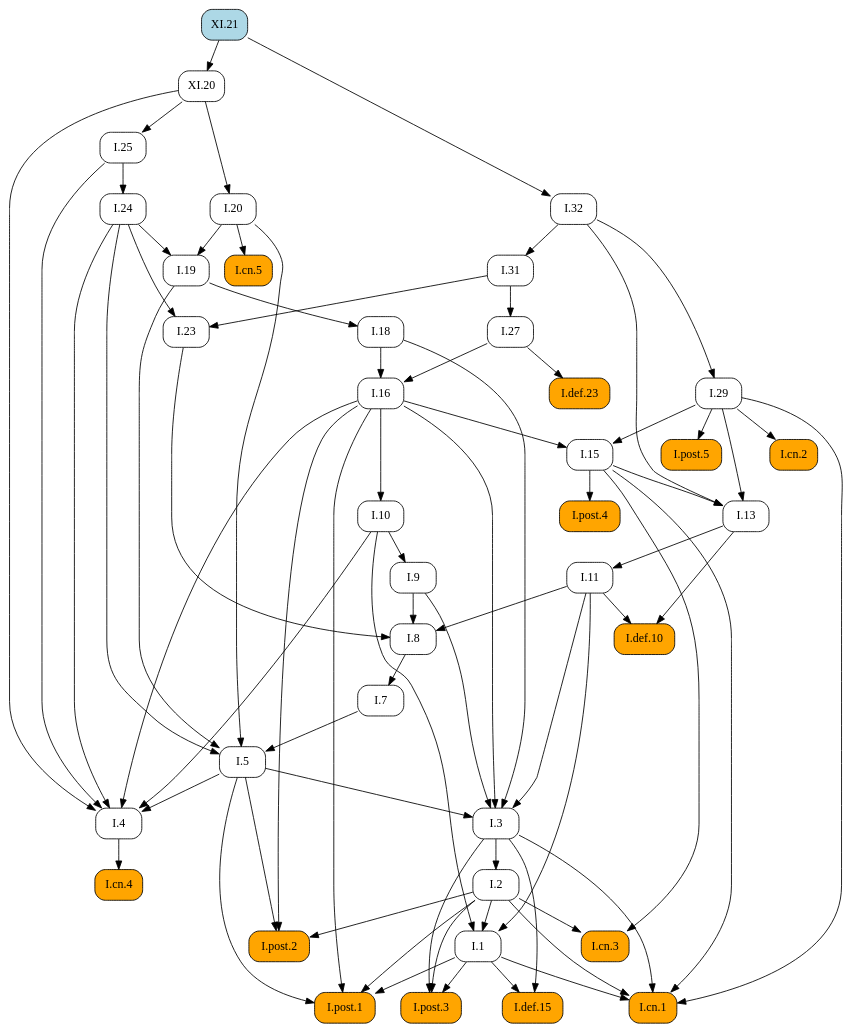
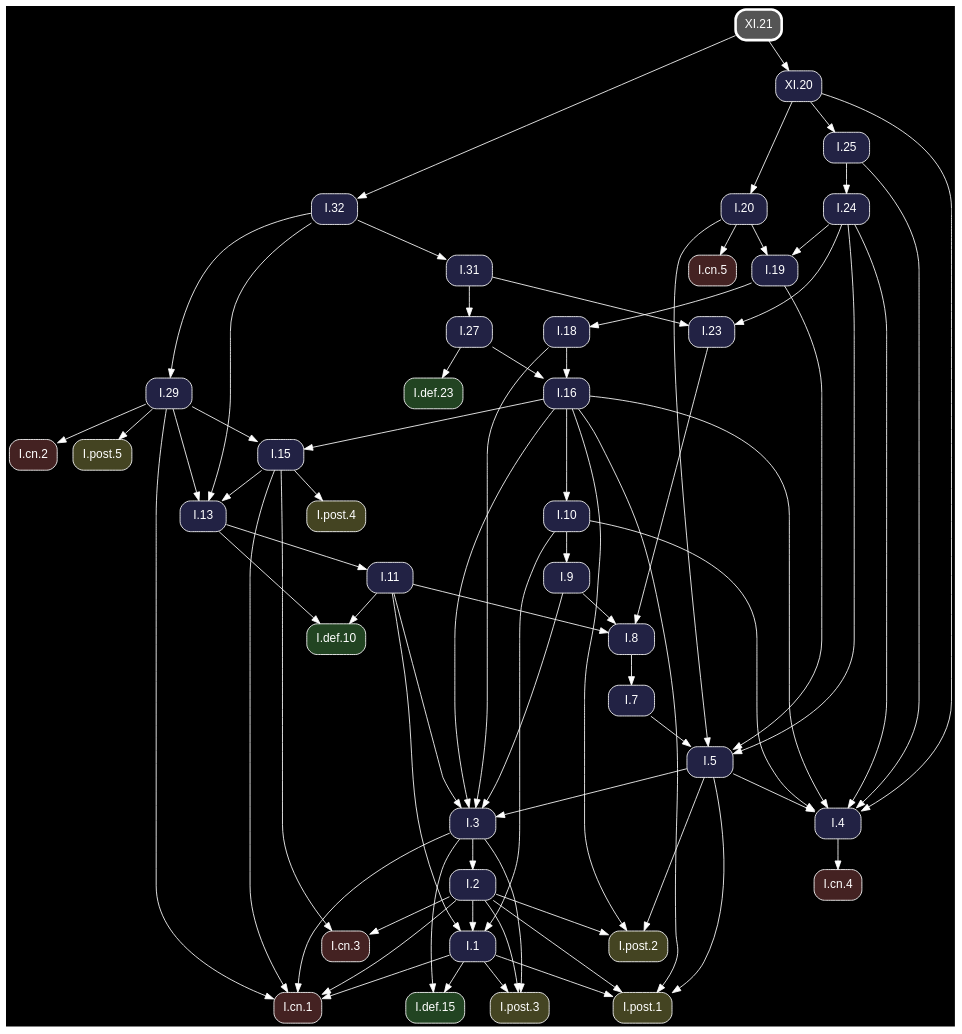
Before and after one commit to geometor/elements: the diagram in docsrc/heath/XI/21/index.rst, drawn with Graphviz. The commit also changed other lines of this file and 1200 other files, not shown here.

Commit message:
update dependency graphs

```diff
--- a/docsrc/heath/XI/21/index.rst
+++ b/docsrc/heath/XI/21/index.rst
@@ -36,117 +36,119 @@
 .. graphviz::
 
    digraph {
+     bgcolor="black";
+     node [shape=box, style="rounded,filled", fontname="Helvetica", color="white", fontcolor="white"];
+     edge [color="white", fontcolor="white"];
      rankdir="TB";
-     node [shape=box, style=rounded];
-     "I.23" [URL="/heath/I/23/", target="_top"];
-     "I.9" [URL="/heath/I/9/", target="_top"];
-     "I.32" [URL="/heath/I/32/", target="_top"];
-     "I.25" [URL="/heath/I/25/", target="_top"];
-     "I.def.15" [style="rounded,filled", fillcolor=orange, URL="/heath/I/def.15/", target="_top"];
-     "I.post.3" [style="rounded,filled", fillcolor=orange, URL="/heath/I/post.3/", target="_top"];
-     "I.post.1" [style="rounded,filled", fillcolor=orange, URL="/heath/I/post.1/", target="_top"];
-     "I.19" [URL="/heath/I/19/", target="_top"];
-     "XI.21" [style="rounded,filled", fillcolor=lightblue, URL="/heath/XI/21/", target="_top"];
-     "I.31" [URL="/heath/I/31/", target="_top"];
-     "I.20" [URL="/heath/I/20/", target="_top"];
-     "I.def.10" [style="rounded,filled", fillcolor=orange, URL="/heath/I/def.10/", target="_top"];
-     "I.18" [URL="/heath/I/18/", target="_top"];
-     "I.27" [URL="/heath/I/27/", target="_top"];
-     "I.24" [URL="/heath/I/24/", target="_top"];
-     "I.cn.5" [style="rounded,filled", fillcolor=orange, URL="/heath/I/cn.5/", target="_top"];
-     "I.3" [URL="/heath/I/3/", target="_top"];
-     "I.cn.1" [style="rounded,filled", fillcolor=orange, URL="/heath/I/cn.1/", target="_top"];
-     "I.7" [URL="/heath/I/7/", target="_top"];
-     "I.2" [URL="/heath/I/2/", target="_top"];
-     "I.13" [URL="/heath/I/13/", target="_top"];
-     "I.post.4" [style="rounded,filled", fillcolor=orange, URL="/heath/I/post.4/", target="_top"];
-     "I.4" [URL="/heath/I/4/", target="_top"];
-     "I.1" [URL="/heath/I/1/", target="_top"];
-     "I.5" [URL="/heath/I/5/", target="_top"];
-     "I.8" [URL="/heath/I/8/", target="_top"];
-     "I.29" [URL="/heath/I/29/", target="_top"];
-     "I.cn.3" [style="rounded,filled", fillcolor=orange, URL="/heath/I/cn.3/", target="_top"];
-     "I.16" [URL="/heath/I/16/", target="_top"];
-     "I.15" [URL="/heath/I/15/", target="_top"];
-     "I.10" [URL="/heath/I/10/", target="_top"];
-     "I.11" [URL="/heath/I/11/", target="_top"];
-     "I.def.23" [style="rounded,filled", fillcolor=orange, URL="/heath/I/def.23/", target="_top"];
-     "I.cn.2" [style="rounded,filled", fillcolor=orange, URL="/heath/I/cn.2/", target="_top"];
-     "I.post.5" [style="rounded,filled", fillcolor=orange, URL="/heath/I/post.5/", target="_top"];
-     "I.cn.4" [style="rounded,filled", fillcolor=orange, URL="/heath/I/cn.4/", target="_top"];
-     "I.post.2" [style="rounded,filled", fillcolor=orange, URL="/heath/I/post.2/", target="_top"];
-     "XI.20" [URL="/heath/XI/20/", target="_top"];
-     "I.24" -> "I.23";
-     "I.31" -> "I.23";
-     "I.10" -> "I.9";
+     "I.31" [fillcolor="#222244", URL="/heath/I/31/", target="_top"];
+     "I.32" [fillcolor="#222244", URL="/heath/I/32/", target="_top"];
+     "I.3" [fillcolor="#222244", URL="/heath/I/3/", target="_top"];
+     "I.25" [fillcolor="#222244", URL="/heath/I/25/", target="_top"];
+     "I.cn.1" [fillcolor="#442222", URL="/heath/I/cn.1/", target="_top"];
+     "I.def.10" [fillcolor="#224422", URL="/heath/I/def.10/", target="_top"];
+     "I.15" [fillcolor="#222244", URL="/heath/I/15/", target="_top"];
+     "I.19" [fillcolor="#222244", URL="/heath/I/19/", target="_top"];
+     "I.13" [fillcolor="#222244", URL="/heath/I/13/", target="_top"];
+     "I.27" [fillcolor="#222244", URL="/heath/I/27/", target="_top"];
+     "I.2" [fillcolor="#222244", URL="/heath/I/2/", target="_top"];
+     "I.24" [fillcolor="#222244", URL="/heath/I/24/", target="_top"];
+     "I.cn.2" [fillcolor="#442222", URL="/heath/I/cn.2/", target="_top"];
+     "I.9" [fillcolor="#222244", URL="/heath/I/9/", target="_top"];
+     "I.1" [fillcolor="#222244", URL="/heath/I/1/", target="_top"];
+     "I.post.5" [fillcolor="#444422", URL="/heath/I/post.5/", target="_top"];
+     "I.post.4" [fillcolor="#444422", URL="/heath/I/post.4/", target="_top"];
+     "I.23" [fillcolor="#222244", URL="/heath/I/23/", target="_top"];
+     "I.8" [fillcolor="#222244", URL="/heath/I/8/", target="_top"];
+     "I.4" [fillcolor="#222244", URL="/heath/I/4/", target="_top"];
+     "I.7" [fillcolor="#222244", URL="/heath/I/7/", target="_top"];
+     "I.5" [fillcolor="#222244", URL="/heath/I/5/", target="_top"];
+     "I.10" [fillcolor="#222244", URL="/heath/I/10/", target="_top"];
+     "XI.21" [penwidth=3, color="white", fillcolor="#555555", URL="/heath/XI/21/", target="_top"];
+     "I.post.1" [fillcolor="#444422", URL="/heath/I/post.1/", target="_top"];
+     "I.11" [fillcolor="#222244", URL="/heath/I/11/", target="_top"];
+     "I.16" [fillcolor="#222244", URL="/heath/I/16/", target="_top"];
+     "I.cn.5" [fillcolor="#442222", URL="/heath/I/cn.5/", target="_top"];
+     "I.cn.3" [fillcolor="#442222", URL="/heath/I/cn.3/", target="_top"];
+     "I.29" [fillcolor="#222244", URL="/heath/I/29/", target="_top"];
+     "I.post.2" [fillcolor="#444422", URL="/heath/I/post.2/", target="_top"];
+     "XI.20" [fillcolor="#222244", URL="/heath/XI/20/", target="_top"];
+     "I.cn.4" [fillcolor="#442222", URL="/heath/I/cn.4/", target="_top"];
+     "I.def.23" [fillcolor="#224422", URL="/heath/I/def.23/", target="_top"];
+     "I.post.3" [fillcolor="#444422", URL="/heath/I/post.3/", target="_top"];
+     "I.18" [fillcolor="#222244", URL="/heath/I/18/", target="_top"];
+     "I.def.15" [fillcolor="#224422", URL="/heath/I/def.15/", target="_top"];
+     "I.20" [fillcolor="#222244", URL="/heath/I/20/", target="_top"];
+     "I.32" -> "I.31";
      "XI.21" -> "I.32";
-     "XI.20" -> "I.25";
-     "I.1" -> "I.def.15";
-     "I.3" -> "I.def.15";
-     "I.1" -> "I.post.3";
-     "I.2" -> "I.post.3";
-     "I.3" -> "I.post.3";
-     "I.1" -> "I.post.1";
-     "I.2" -> "I.post.1";
-     "I.5" -> "I.post.1";
-     "I.16" -> "I.post.1";
-     "I.20" -> "I.19";
-     "I.24" -> "I.19";
-     "I.32" -> "I.31";
-     "XI.20" -> "I.20";
-     "I.11" -> "I.def.10";
-     "I.13" -> "I.def.10";
-     "I.19" -> "I.18";
-     "I.31" -> "I.27";
-     "I.25" -> "I.24";
-     "I.20" -> "I.cn.5";
      "I.5" -> "I.3";
      "I.9" -> "I.3";
      "I.11" -> "I.3";
      "I.16" -> "I.3";
      "I.18" -> "I.3";
+     "XI.20" -> "I.25";
      "I.1" -> "I.cn.1";
      "I.2" -> "I.cn.1";
      "I.3" -> "I.cn.1";
      "I.15" -> "I.cn.1";
      "I.29" -> "I.cn.1";
-     "I.8" -> "I.7";
-     "I.3" -> "I.2";
+     "I.11" -> "I.def.10";
+     "I.13" -> "I.def.10";
+     "I.16" -> "I.15";
+     "I.29" -> "I.15";
+     "I.20" -> "I.19";
+     "I.24" -> "I.19";
      "I.15" -> "I.13";
      "I.29" -> "I.13";
      "I.32" -> "I.13";
+     "I.31" -> "I.27";
+     "I.3" -> "I.2";
+     "I.25" -> "I.24";
+     "I.29" -> "I.cn.2";
+     "I.10" -> "I.9";
+     "I.2" -> "I.1";
+     "I.10" -> "I.1";
+     "I.11" -> "I.1";
+     "I.29" -> "I.post.5";
      "I.15" -> "I.post.4";
+     "I.24" -> "I.23";
+     "I.31" -> "I.23";
+     "I.9" -> "I.8";
+     "I.11" -> "I.8";
+     "I.23" -> "I.8";
      "I.5" -> "I.4";
      "I.10" -> "I.4";
      "I.16" -> "I.4";
      "I.24" -> "I.4";
      "I.25" -> "I.4";
      "XI.20" -> "I.4";
-     "I.2" -> "I.1";
-     "I.10" -> "I.1";
-     "I.11" -> "I.1";
+     "I.8" -> "I.7";
      "I.7" -> "I.5";
      "I.19" -> "I.5";
      "I.20" -> "I.5";
      "I.24" -> "I.5";
-     "I.9" -> "I.8";
-     "I.11" -> "I.8";
-     "I.23" -> "I.8";
-     "I.32" -> "I.29";
+     "I.16" -> "I.10";
+     "I.1" -> "I.post.1";
+     "I.2" -> "I.post.1";
+     "I.5" -> "I.post.1";
+     "I.16" -> "I.post.1";
+     "I.13" -> "I.11";
+     "I.18" -> "I.16";
+     "I.27" -> "I.16";
+     "I.20" -> "I.cn.5";
      "I.2" -> "I.cn.3";
      "I.15" -> "I.cn.3";
-     "I.18" -> "I.16";
-     "I.27" -> "I.16";
-     "I.16" -> "I.15";
-     "I.29" -> "I.15";
-     "I.16" -> "I.10";
-     "I.13" -> "I.11";
-     "I.27" -> "I.def.23";
-     "I.29" -> "I.cn.2";
-     "I.29" -> "I.post.5";
-     "I.4" -> "I.cn.4";
+     "I.32" -> "I.29";
      "I.2" -> "I.post.2";
      "I.5" -> "I.post.2";
      "I.16" -> "I.post.2";
      "XI.21" -> "XI.20";
+     "I.4" -> "I.cn.4";
+     "I.27" -> "I.def.23";
+     "I.1" -> "I.post.3";
+     "I.2" -> "I.post.3";
+     "I.3" -> "I.post.3";
+     "I.19" -> "I.18";
+     "I.1" -> "I.def.15";
+     "I.3" -> "I.def.15";
+     "XI.20" -> "I.20";
    }
```
